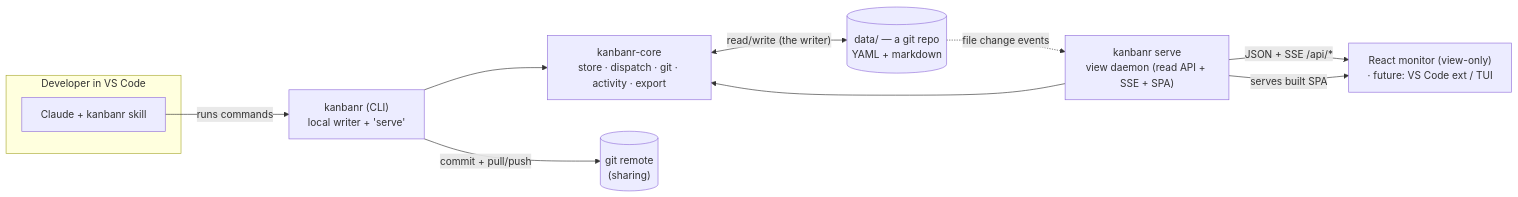
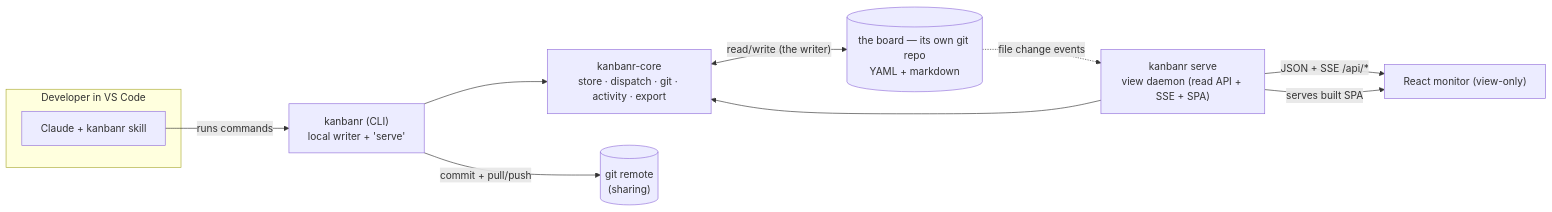
The first of 3 diagrams in docs/src/architecture/overview.md (startr-trade/kanbanr), drawn with Mermaid before and after one commit. The commit also changed other lines of this file and 12 other files, not shown here.

````diff
--- a/docs/src/architecture/overview.md
+++ b/docs/src/architecture/overview.md
@@ -23,20 +23,20 @@
 ```mermaid
 flowchart LR
   subgraph dev["Developer in VS Code"]
     Claude["Claude + kanbanr skill"]
   end
   CLI["kanbanr (CLI)<br/>local writer + 'serve'"]
   Core["kanbanr-core<br/>store · dispatch · git · activity · export"]
-  FS[("data/ — a git repo<br/>YAML + markdown")]
+  FS[("the board — its own git repo<br/>YAML + markdown")]
   Daemon["kanbanr serve<br/>view daemon (read API + SSE + SPA)"]
-  Browser["React monitor (view-only)<br/>· future: VS Code ext / TUI"]
+  Browser["React monitor (view-only)"]
 
   Claude -->|"runs commands"| CLI
   CLI --> Core
   Core <-->|"read/write (the writer)"| FS
   CLI -->|"commit + pull/push"| Remote[("git remote<br/>(sharing)")]
   Daemon --> Core
   FS -. "file change events" .-> Daemon
   Daemon -->|"JSON + SSE /api/*"| Browser
   Daemon -->|"serves built SPA"| Browser
 ```
````
